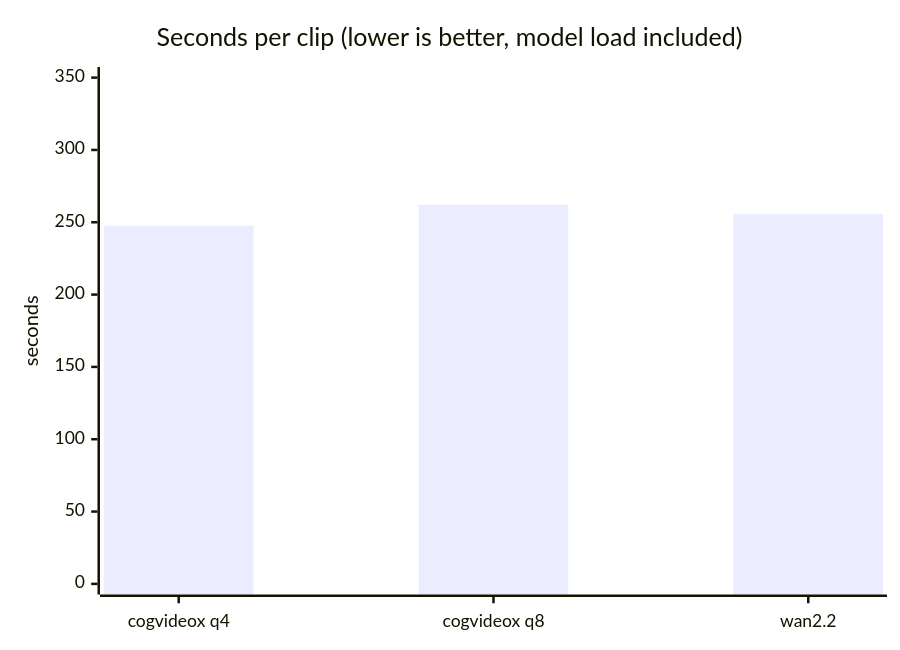
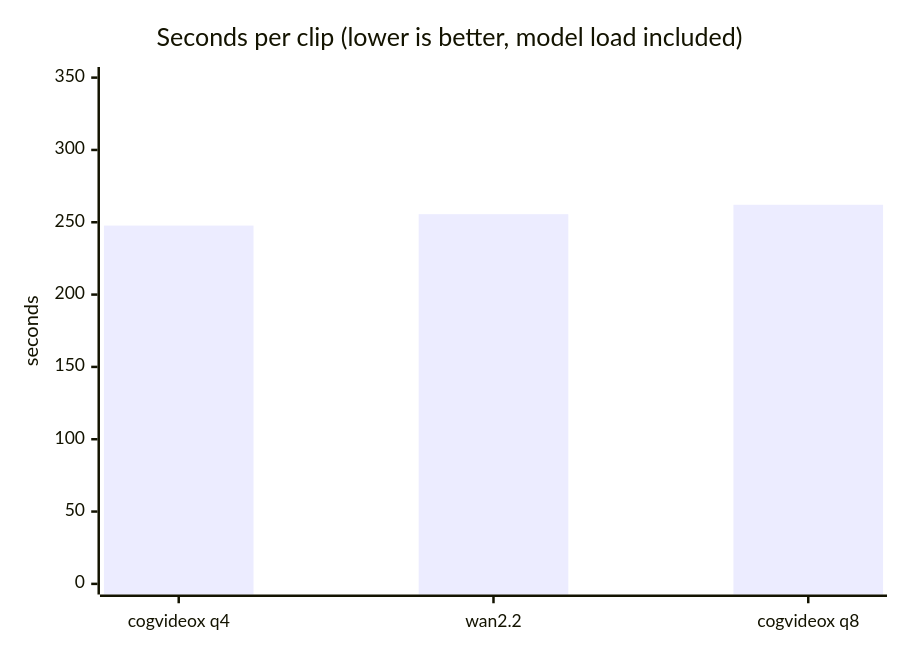
Before and after one commit to mahirfatih/local-generation-benchmark-m1-max: the fourth of 4 diagrams in README.md, drawn with Mermaid. The commit also changed other lines of this file and 23 other files, not shown here.

````diff
--- a/README.md
+++ b/README.md
@@ -261,7 +272,7 @@
 ```mermaid
 xychart-beta
     title "Seconds per clip (lower is better, model load included)"
-    x-axis ["cogvideox q4", "cogvideox q8", "wan2.2"]
+    x-axis ["cogvideox q4", "wan2.2", "cogvideox q8"]
     y-axis "seconds" 0 --> 350
-    bar [247.7, 262.1, 255.6]
+    bar [247.7, 255.6, 262.1]
 ```
````
